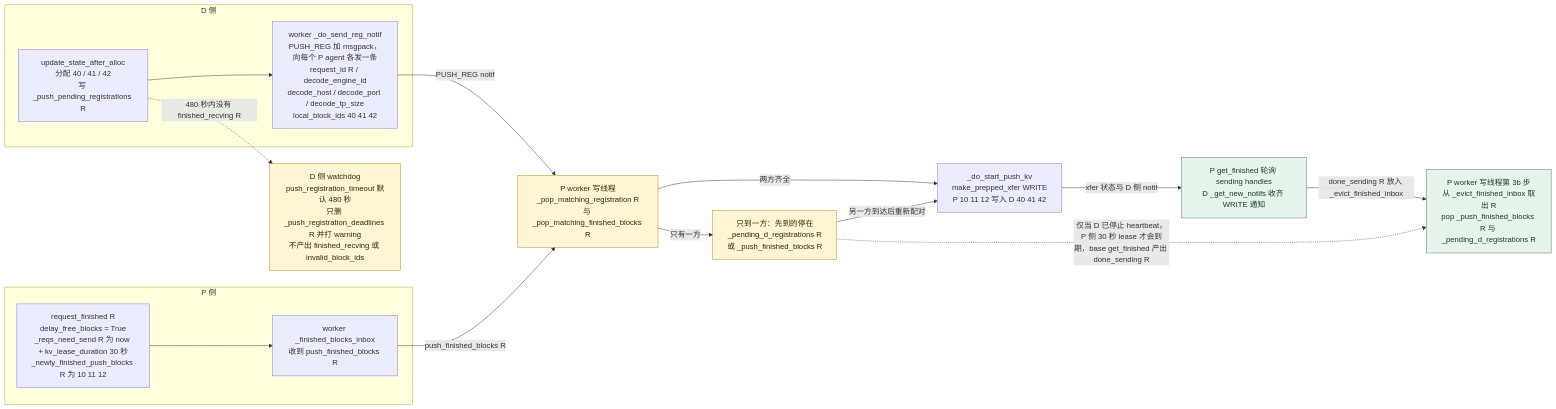
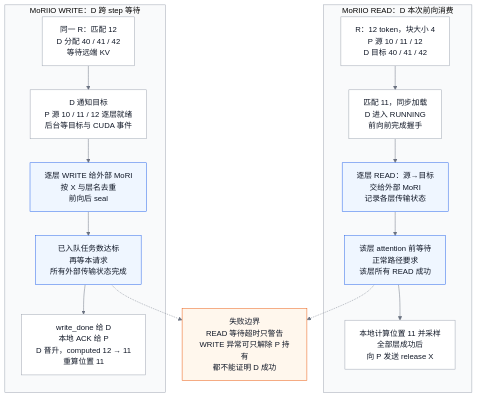
Before and after one commit to suhaibo666/llm-knowledge: the fifth of 10 diagrams in wiki/02_engineering/03_infer_frameworks/vllm/22_vllm_disaggregated_kv_serving_analysis.md, drawn with Mermaid. The commit also changed other lines of this file and 11 other files, not shown here.

````diff
--- a/wiki/02_engineering/03_infer_frameworks/vllm/22_vllm_disaggregated_kv_serving_analysis.md
+++ b/wiki/02_engineering/03_infer_frameworks/vllm/22_vllm_disaggregated_kv_serving_analysis.md
@@ -437,32 +421,29 @@
 ```mermaid
-flowchart LR
-  subgraph DD["D 侧"]
-    D1["update_state_after_alloc<br/>分配 40 / 41 / 42<br/>写 _push_pending_registrations R"]
-    D2["worker _do_send_reg_notif<br/>PUSH_REG 加 msgpack，向每个 P agent 各发一条<br/>request_id R / decode_engine_id<br/>decode_host / decode_port / decode_tp_size<br/>local_block_ids 40 41 42"]
+%%{init: {"theme":"base","themeVariables":{"primaryColor":"#ffffff","primaryTextColor":"#111827","primaryBorderColor":"#9ca3af","secondaryColor":"#f9fafb","tertiaryColor":"#f9fafb","lineColor":"#6b7280","clusterBkg":"#f9fafb","clusterBorder":"#9ca3af","edgeLabelBackground":"#ffffff","actorBkg":"#ffffff","actorBorder":"#9ca3af","actorTextColor":"#111827","actorLineColor":"#9ca3af","signalColor":"#374151","signalTextColor":"#111827","noteBkgColor":"#fff7ed","noteBorderColor":"#ea580c","noteTextColor":"#111827","labelBoxBkgColor":"#f9fafb","labelBoxBorderColor":"#9ca3af","labelTextColor":"#111827","loopTextColor":"#111827"}}}%%
+flowchart TB
+  subgraph READ["MoRIIO READ：D 本次前向消费"]
+    R0["R：12 token，块大小 4<br/>P 源 10 / 11 / 12<br/>D 目标 40 / 41 / 42"]
+    R1["匹配 11，同步加载<br/>D 进入 RUNNING<br/>前向前完成握手"]
+    R2["逐层 READ：源→目标<br/>交给外部 MoRI<br/>记录各层传输状态"]
+    R3["该层 attention 前等待<br/>正常路径要求<br/>该层所有 READ 成功"]
+    R4["本地计算位置 11 并采样<br/>全部层成功后<br/>向 P 发送 release X"]
+    R0 --> R1 --> R2 --> R3 --> R4
   end
-  subgraph PP["P 侧"]
-    P1["request_finished R<br/>delay_free_blocks = True<br/>_reqs_need_send R 为 now + kv_lease_duration 30 秒<br/>_newly_finished_push_blocks R 为 10 11 12"]
-    P2["worker _finished_blocks_inbox<br/>收到 push_finished_blocks R"]
+  subgraph WRITE["MoRIIO WRITE：D 跨 step 等待"]
+    W0["同一 R：匹配 12<br/>D 分配 40 / 41 / 42<br/>等待远端 KV"]
+    W1["D 通知目标<br/>P 源 10 / 11 / 12 逐层就绪<br/>后台等目标与 CUDA 事件"]
+    W2["逐层 WRITE 给外部 MoRI<br/>按 X 与层名去重<br/>前向后 seal"]
+    W3["已入队任务数达标<br/>再等本请求<br/>所有外部传输状态完成"]
+    W4["write_done 给 D<br/>本地 ACK 给 P<br/>D 晋升，computed 12 → 11<br/>重算位置 11"]
+    W0 --> W1 --> W2 --> W3 --> W4
   end
-  M["P worker 写线程<br/>_pop_matching_registration R<br/>与 _pop_matching_finished_blocks R"]
-  H["只到一方：先到的停在<br/>_pending_d_registrations R<br/>或 _push_finished_blocks R"]
-  W["_do_start_push_kv<br/>make_prepped_xfer WRITE<br/>P 10 11 12 写入 D 40 41 42"]
-  F["P get_finished 轮询 sending handles<br/>D _get_new_notifs 收齐 WRITE 通知"]
-  T["D 侧 watchdog<br/>push_registration_timeout 默认 480 秒<br/>只删 _push_registration_deadlines R 并打 warning<br/>不产出 finished_recving 或 invalid_block_ids"]
-  E["P worker 写线程第 3b 步<br/>从 _evict_finished_inbox 取出 R<br/>pop _push_finished_blocks R 与 _pending_d_registrations R"]
-  D1 --> D2
-  P1 --> P2
-  D2 -->|PUSH_REG notif| M
-  P2 -->|push_finished_blocks R| M
-  M -->|两方齐全| W
-  M -->|只有一方| H
-  H -->|另一方到达后重新配对| W
-  W -->|xfer 状态与 D 侧 notif| F
-  F -->|done_sending R 放入 _evict_finished_inbox| E
-  H -.->|仅当 D 已停止 heartbeat，P 侧 30 秒 lease 才会到期，base get_finished 产出 done_sending R| E
-  D1 -.->|480 秒内没有 finished_recving R| T
-  classDef pending fill:#fff4d6,stroke:#ba8b21,color:#332800;
-  classDef ready fill:#e7f4ec,stroke:#43815c,color:#193b27;
-  class M,H,T pending;
-  class F,E ready;
+  F["失败边界<br/>READ 等待超时只警告<br/>WRITE 异常可只解除 P 持有<br/>都不能证明 D 成功"]
+  R3 -.-> F
+  W3 -.-> F
+  classDef neutral fill:#fff,stroke:#9ca3af,color:#111827;
+  classDef acc1 fill:#eff6ff,stroke:#2563eb,color:#111827;
+  classDef acc2 fill:#fff7ed,stroke:#ea580c,color:#111827;
+  class R0,R1,R4,W0,W1,W4 neutral;
+  class R2,R3,W2,W3 acc1;
+  class F acc2;
 ```
````
